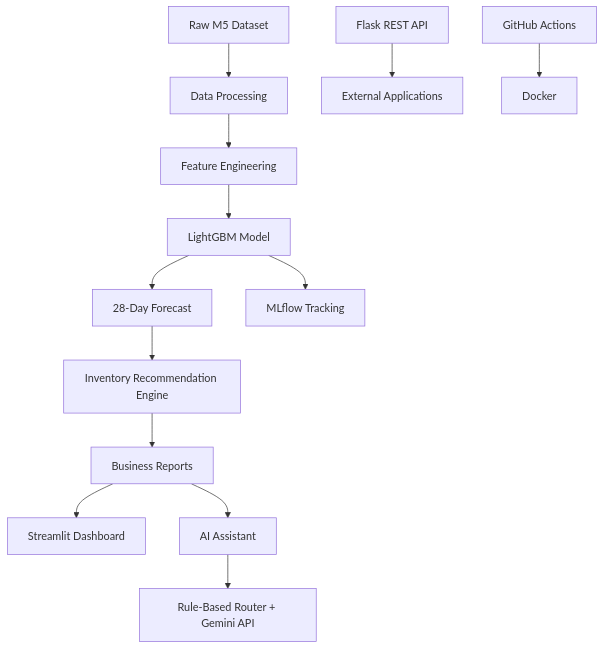
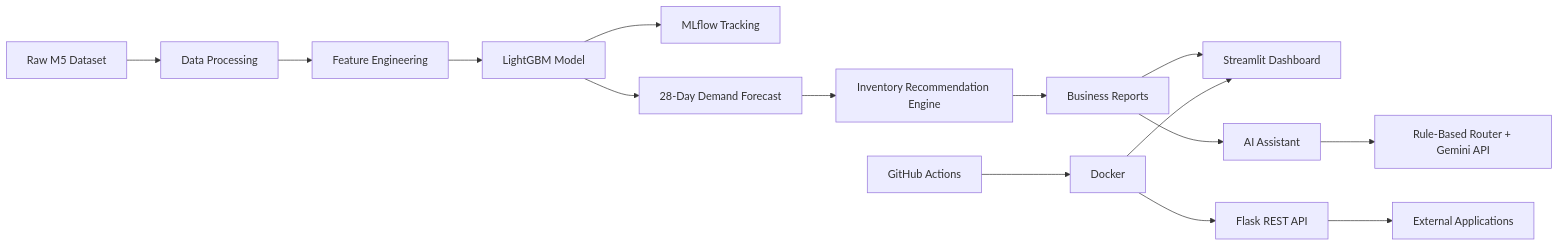
Before and after one commit to hanannazri/Intelligent-Forecasting-MLOps-Platform: the first of 4 diagrams in README.md, drawn with Mermaid.

````diff
--- a/README.md
+++ b/README.md
@@ -130,26 +130,32 @@
 ```mermaid
-flowchart TD
+flowchart LR
 
 A[Raw M5 Dataset]
 --> B[Data Processing]
 --> C[Feature Engineering]
 --> D[LightGBM Model]
---> E[28-Day Forecast]
---> F[Inventory Recommendation Engine]
---> G[Business Reports]
 
-G --> H[Streamlit Dashboard]
-G --> I[AI Assistant]
+D --> E[MLflow Tracking]
+D --> F[28-Day Demand Forecast]
 
-I --> J[Rule-Based Router + Gemini API]
+F --> G[Inventory Recommendation Engine]
 
-D --> K[MLflow Tracking]
+G --> H[Business Reports]
+
+H --> I[Streamlit Dashboard]
+H --> J[AI Assistant]
+
+J --> K[Rule-Based Router + Gemini API]
 
 L[Flask REST API]
 --> M[External Applications]
 
 N[Docker]
+--> I
+
+N
+--> L
 
 O[GitHub Actions]
 --> N
 ```
````
